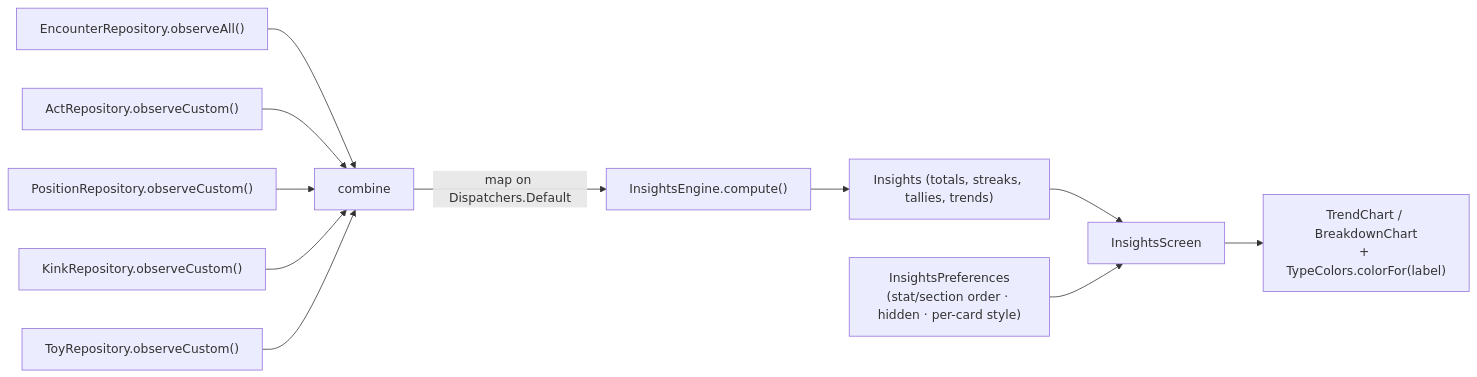
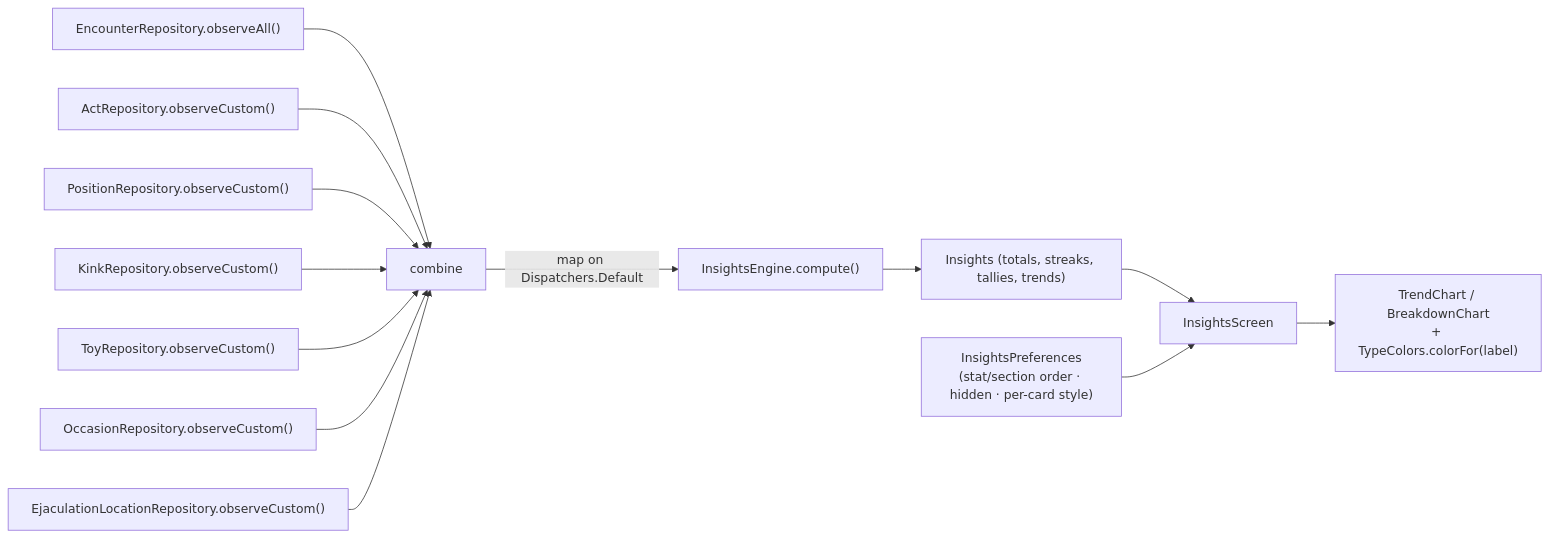
Before and after one commit to herbiewalker/tryst: the sixth of 9 diagrams in docs/FLOWCHARTS.md, drawn with Mermaid. The commit also changed other lines of this file and 3 other files, not shown here.

````diff
--- a/docs/FLOWCHARTS.md
+++ b/docs/FLOWCHARTS.md
@@ -149,13 +150,15 @@
 ```mermaid
 flowchart LR
     R1["EncounterRepository.observeAll()"] --> CMB["combine"]
     R2["ActRepository.observeCustom()"] --> CMB
     R3["PositionRepository.observeCustom()"] --> CMB
     R4["KinkRepository.observeCustom()"] --> CMB
     R5["ToyRepository.observeCustom()"] --> CMB
+    R6["OccasionRepository.observeCustom()"] --> CMB
+    R7["EjaculationLocationRepository.observeCustom()"] --> CMB
     CMB -->|"map on Dispatchers.Default"| ENG["InsightsEngine.compute()"]
     ENG --> INS["Insights (totals, streaks, tallies, trends)"]
     INS --> SCR["InsightsScreen"]
     PREFS["InsightsPreferences<br/>(stat/section order · hidden · per-card style)"] --> SCR
     SCR --> CH["TrendChart / BreakdownChart<br/>+ TypeColors.colorFor(label)"]
 ```
````
